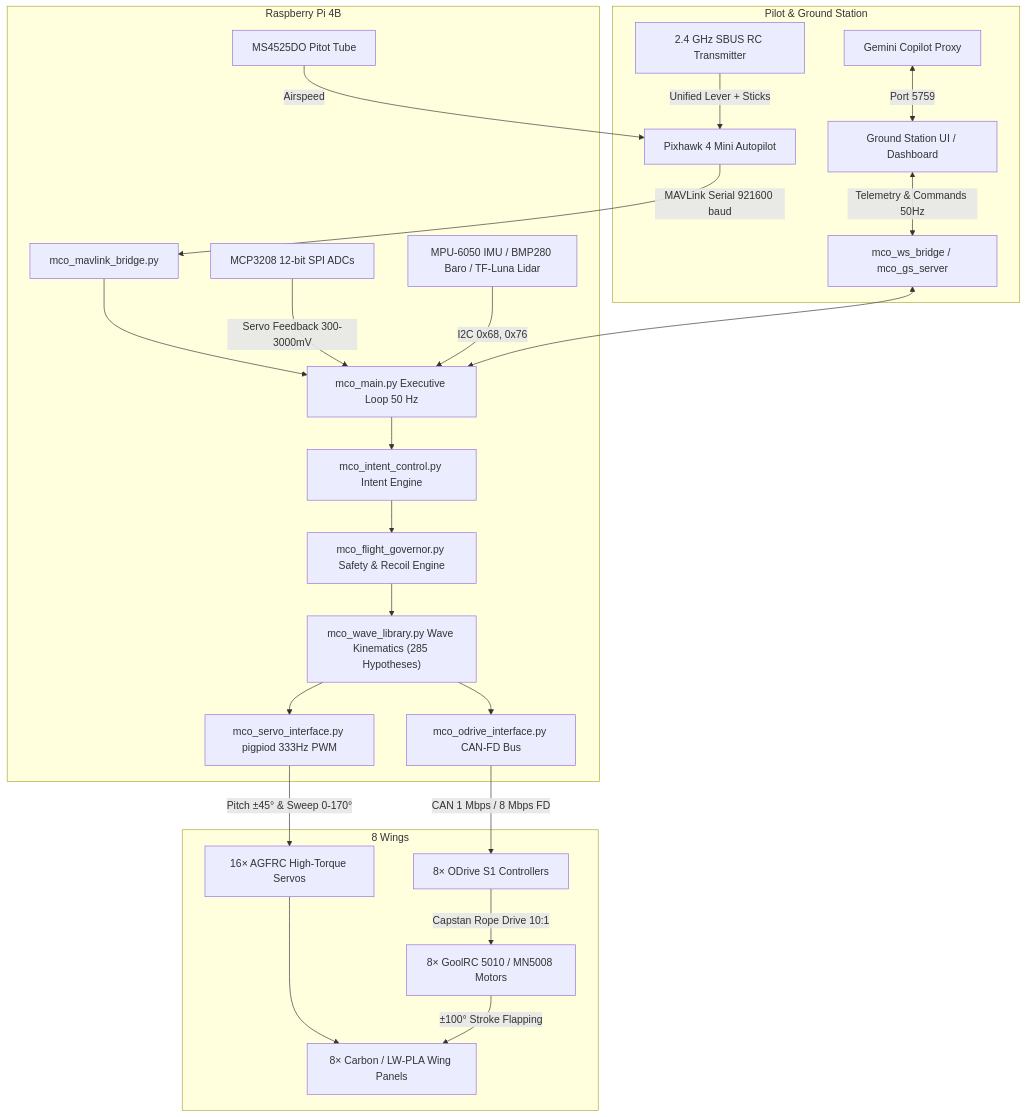
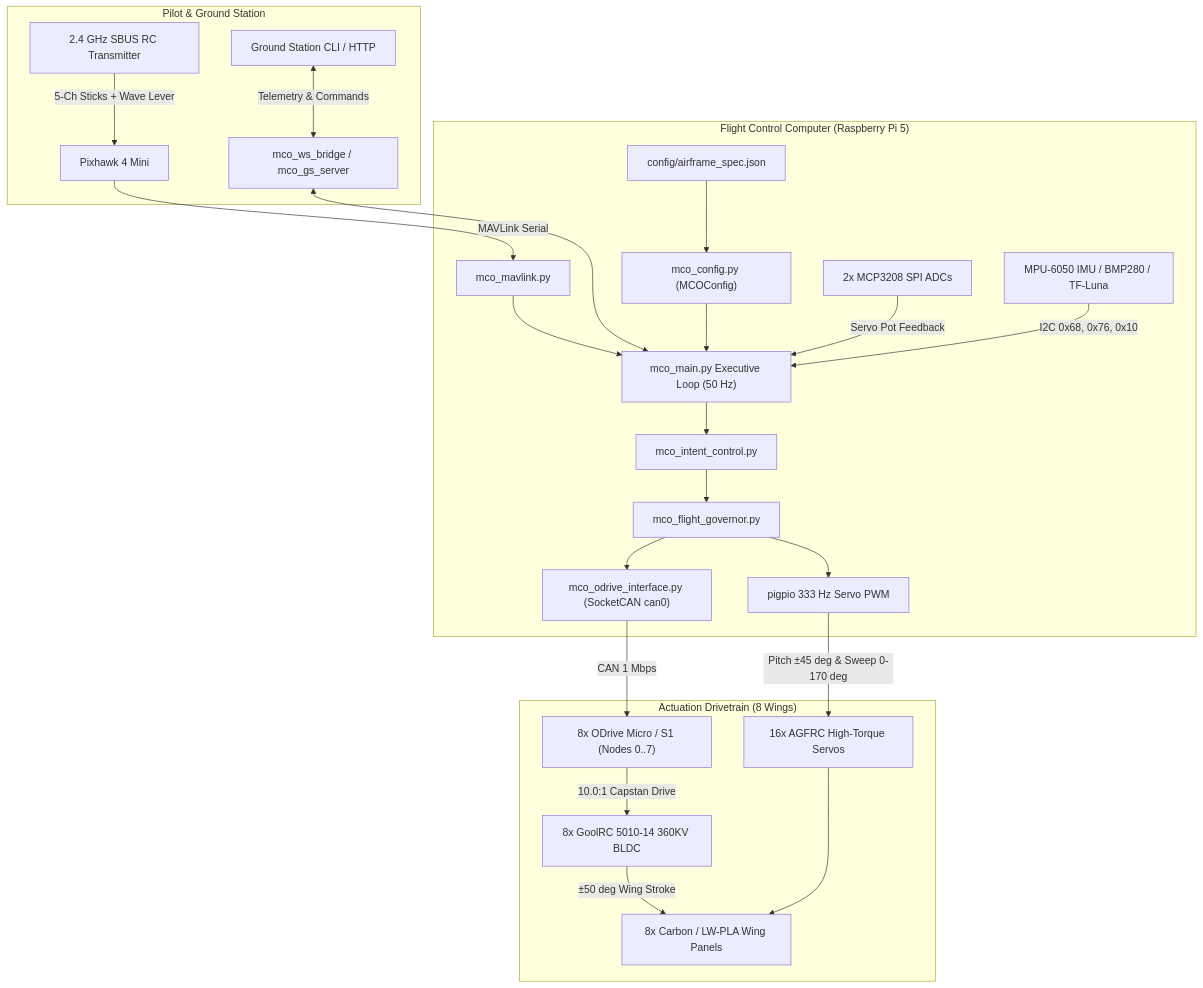
Before and after one commit to wrbell/dad-ornithopter: the diagram in README.md, drawn with Mermaid. The commit also changed other lines of this file and 307 other files, not shown here.

````diff
--- a/README.md
+++ b/README.md
@@ -21,31 +26,29 @@
 ```mermaid
 graph TD
-    subgraph Pilot & Ground Station
-        RC["2.4 GHz SBUS RC Transmitter"] -->|Unified Lever + Sticks| PH["Pixhawk 4 Mini Autopilot"]
-        GS["Ground Station UI / Dashboard"] <-->|Telemetry & Commands 50Hz| WSB["mco_ws_bridge / mco_gs_server"]
-        AI["Gemini Copilot Proxy"] <-->|Port 5759| GS
+    subgraph Pilot_and_Ground_Station ["Pilot & Ground Station"]
+        RC["2.4 GHz SBUS RC Transmitter"] -->|5-Ch Sticks + Wave Lever| PH["Pixhawk 4 Mini"]
+        GS["Ground Station CLI / HTTP"] <-->|Telemetry & Commands| WSB["mco_ws_bridge / mco_gs_server"]
     end
 
-    subgraph Flight Control Computer [Raspberry Pi 4B]
-        PH -->|MAVLink Serial 921600 baud| MLB["mco_mavlink_bridge.py"]
-        MLB --> EXE["mco_main.py Executive Loop 50 Hz"]
+    subgraph Flight_Control_Computer ["Flight Control Computer (Raspberry Pi 5)"]
+        PH -->|MAVLink Serial| MLB["mco_mavlink.py"]
+        MLB --> EXE["mco_main.py Executive Loop (50 Hz)"]
         WSB <--> EXE
-        EXE --> INT["mco_intent_control.py Intent Engine"]
-        INT --> GOV["mco_flight_governor.py Safety & Recoil Engine"]
-        GOV --> WL["mco_wave_library.py Wave Kinematics (285 Hypotheses)"]
-        WL --> ODRV["mco_odrive_interface.py CAN-FD Bus"]
-        WL --> SRV["mco_servo_interface.py pigpiod 333Hz PWM"]
-        
-        ADC["MCP3208 12-bit SPI ADCs"] -->|Servo Feedback 300-3000mV| EXE
-        SENS["MPU-6050 IMU / BMP280 Baro / TF-Luna Lidar"] -->|I2C 0x68, 0x76| EXE
-        PITOT["MS4525DO Pitot Tube"] -->|Airspeed| PH
+        CFG["config/airframe_spec.json"] --> MCOCFG["mco_config.py (MCOConfig)"]
+        MCOCFG --> EXE
+        EXE --> INT["mco_intent_control.py"]
+        INT --> GOV["mco_flight_governor.py"]
+        GOV --> ODRV["mco_odrive_interface.py (SocketCAN can0)"]
+        GOV --> SRV["pigpio 333 Hz Servo PWM"]
+        ADC["2x MCP3208 SPI ADCs"] -->|Servo Pot Feedback| EXE
+        SENS["MPU-6050 IMU / BMP280 / TF-Luna"] -->|I2C 0x68, 0x76, 0x10| EXE
     end
 
-    subgraph Actuation Drivetrain [8 Wings]
-        ODRV -->|CAN 1 Mbps / 8 Mbps FD| S1["8× ODrive S1 Controllers"]
-        S1 -->|Capstan Rope Drive 10:1| MTR["8× GoolRC 5010 / MN5008 Motors"]
-        MTR -->|±100° Stroke Flapping| WINGS["8× Carbon / LW-PLA Wing Panels"]
-        SRV -->|Pitch ±45° & Sweep 0-170°| SERVOS["16× AGFRC High-Torque Servos"]
+    subgraph Actuation_Drivetrain ["Actuation Drivetrain (8 Wings)"]
+        ODRV -->|CAN 1 Mbps| S1["8x ODrive Micro / S1 (Nodes 0..7)"]
+        S1 -->|10.0:1 Capstan Drive| MTR["8x GoolRC 5010-14 360KV BLDC"]
+        MTR -->|±50 deg Wing Stroke| WINGS["8x Carbon / LW-PLA Wing Panels"]
+        SRV -->|Pitch ±45 deg & Sweep 0-170 deg| SERVOS["16x AGFRC High-Torque Servos"]
         SERVOS --> WINGS
     end
 ```
````
